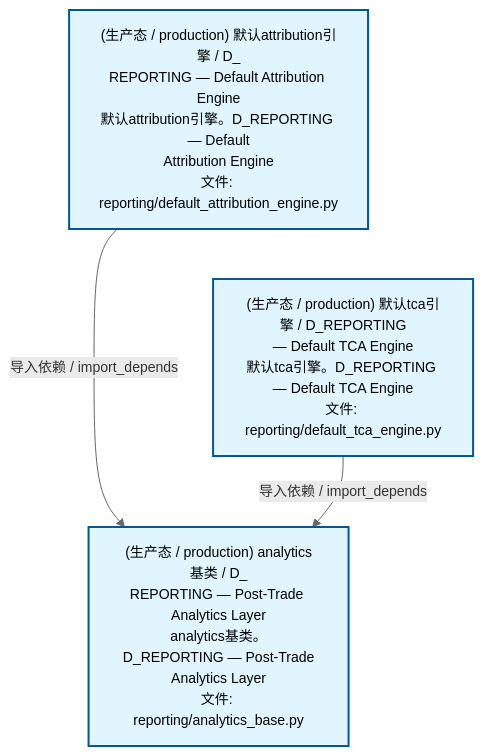
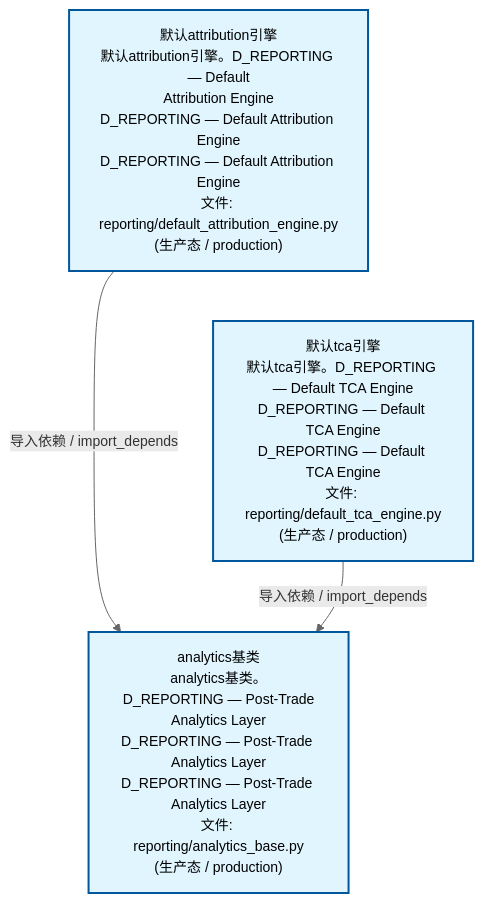
One commit to xuanFelixVan/ZephyrAlpha changed the second of 4 diagrams in docs/02_enterprise_architecture/02_domain_architecture_docs/26_d_reporting.md. Above: the diagram before and after it, drawn with Mermaid. The commit also changed other lines of this file and 62 other files, not shown here.

````diff
--- a/docs/02_enterprise_architecture/02_domain_architecture_docs/26_d_reporting.md
+++ b/docs/02_enterprise_architecture/02_domain_architecture_docs/26_d_reporting.md
@@ -117,15 +117,15 @@
 ```mermaid
 %%{init: {'theme': 'base', 'themeVariables': {'primaryColor': '#eaeaea', 'primaryTextColor': '#333333', 'primaryBorderColor': '#666666', 'lineColor': '#666666', 'secondaryColor': '#eaeaea', 'tertiaryColor': '#eaeaea', 'fontSize': '14px'}}}%%
 flowchart TD
-    src_zephyr_reporting_default_attribution_engine_py["(生产态 / production) 默认attribution引擎 / D_<br/>REPORTING — Default Attribution Engine<br/>默认attribution引擎。D_REPORTING — Default<br/>Attribution Engine<br/>文件: reporting/default_attribution_engine.py"]
-    src_zephyr_reporting_default_tca_engine_py["(生产态 / production) 默认tca引擎 / D_REPORTING<br/>— Default TCA Engine<br/>默认tca引擎。D_REPORTING — Default TCA Engine<br/>文件: reporting/default_tca_engine.py"]
+    src_zephyr_reporting_default_attribution_engine_py["默认attribution引擎<br/>默认attribution引擎。D_REPORTING — Default<br/>Attribution Engine<br/>D_REPORTING — Default Attribution Engine<br/>D_REPORTING — Default Attribution Engine<br/>文件: reporting/default_attribution_engine.py<br/>(生产态 / production)"]
+    src_zephyr_reporting_default_tca_engine_py["默认tca引擎<br/>默认tca引擎。D_REPORTING — Default TCA Engine<br/>D_REPORTING — Default TCA Engine<br/>D_REPORTING — Default TCA Engine<br/>文件: reporting/default_tca_engine.py<br/>(生产态 / production)"]
     src_zephyr_reporting_default_attribution_engine_py ~~~ src_zephyr_reporting_default_tca_engine_py
-    src_zephyr_reporting_analytics_base_py["(生产态 / production) analytics基类 / D_<br/>REPORTING — Post-Trade Analytics Layer<br/>analytics基类。D_REPORTING — Post-Trade<br/>Analytics Layer<br/>文件: reporting/analytics_base.py"]
+    src_zephyr_reporting_analytics_base_py["analytics基类<br/>analytics基类。D_REPORTING — Post-Trade<br/>Analytics Layer<br/>D_REPORTING — Post-Trade Analytics Layer<br/>D_REPORTING — Post-Trade Analytics Layer<br/>文件: reporting/analytics_base.py<br/>(生产态 / production)"]
     src_zephyr_reporting_default_attribution_engine_py -->|导入依赖 / import_depends| src_zephyr_reporting_analytics_base_py
     src_zephyr_reporting_default_tca_engine_py -->|导入依赖 / import_depends| src_zephyr_reporting_analytics_base_py
     classDef production fill:#e1f5fe,stroke:#01579b,stroke-width:2px,color:#000
     classDef design fill:#fff3e0,stroke:#e65100,stroke-width:2px,color:#000,stroke-dasharray: 5 5
     classDef external_prod fill:#e8f4fd,stroke:#0277bd,stroke-width:1px,color:#000
     classDef external_design fill:#fff8e7,stroke:#ef6c00,stroke-width:1px,color:#000,stroke-dasharray: 5 5
     class src_zephyr_reporting_analytics_base_py,src_zephyr_reporting_default_attribution_engine_py,src_zephyr_reporting_default_tca_engine_py production
 ```
````
